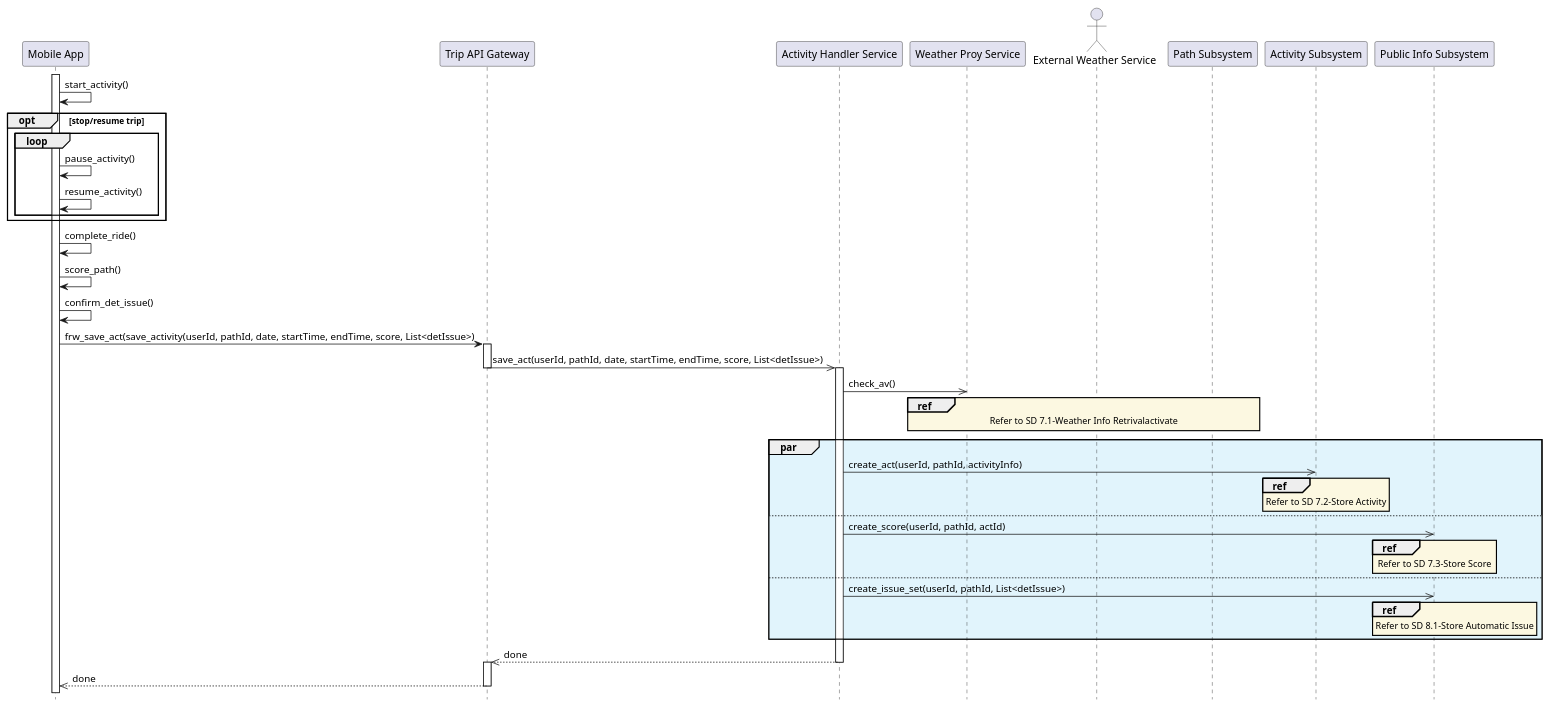
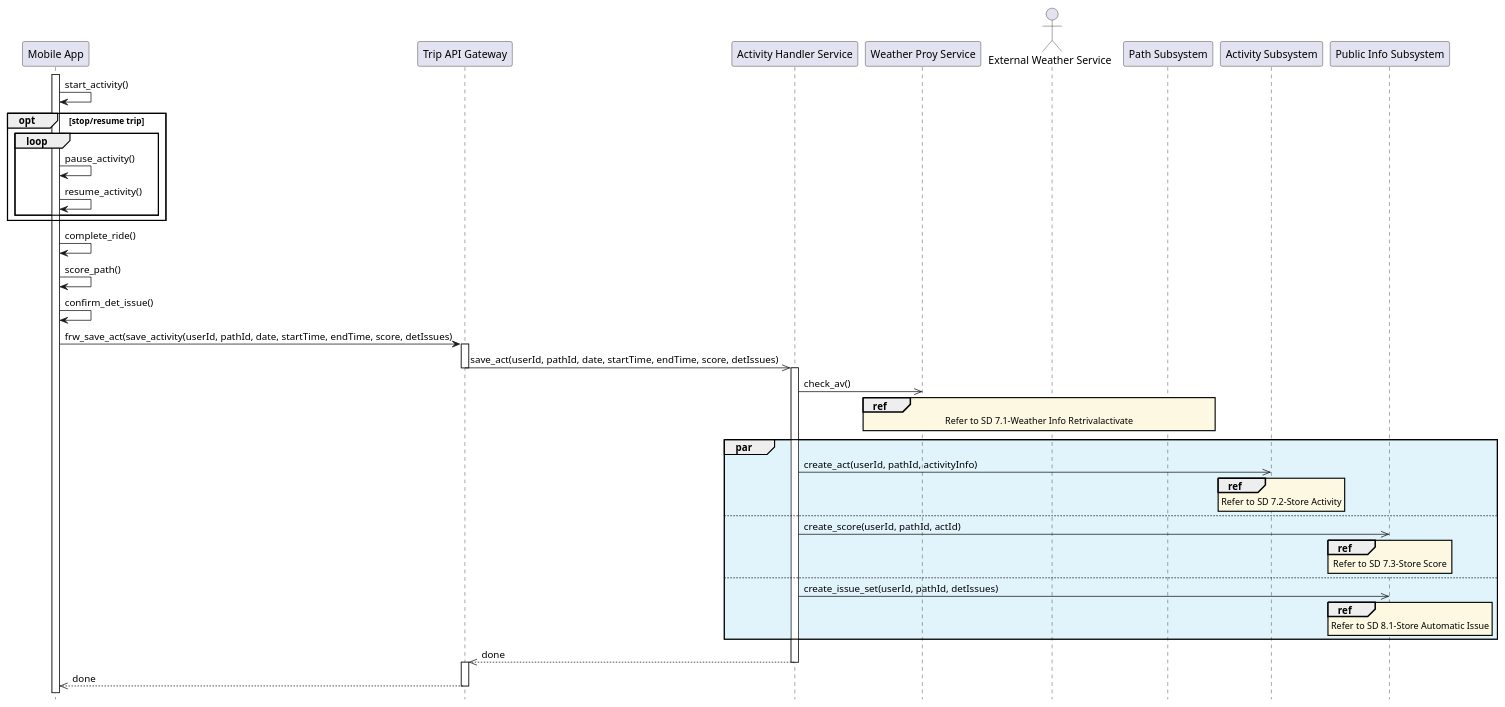
The diagram in diagrams/DD/sequenceDiagram/sd8_moniored_activity.puml (Guflie/PoliMi-SWE2-RDD-project), drawn with PlantUML before and after one commit. The commit also changed 21 other files, not shown here.

```diff
--- a/diagrams/DD/sequenceDiagram/sd8_moniored_activity.puml
+++ b/diagrams/DD/sequenceDiagram/sd8_moniored_activity.puml
@@ -1,54 +1,54 @@
 @startuml sd8_registered_user_activity
 ' Refers to UC10, 13
 hide footbox
 
 skinparam sequence {
     ReferenceBackgroundColor #fcf8e1
 }
 
 participant "Mobile App" as app
 participant "Trip API Gateway" as tapi
 participant "Activity Handler Service" as ahs
 participant "Weather Proy Service" as wps
 actor "External Weather Service" as ews
 participant "Path Subsystem" as pss
 participant "Activity Subsystem" as ass 
 participant "Public Info Subsystem" as piss
 
 activate app
 app -> app :start_activity()
 opt stop/resume trip
     loop
         app -> app : pause_activity()
         app -> app : resume_activity()
     end
 end
 app -> app : complete_ride()
 app -> app : score_path()
 app -> app : confirm_det_issue()
-app -> tapi: frw_save_act(save_activity(userId, pathId, date, startTime, endTime, score, List<detIssue>)
+app -> tapi: frw_save_act(save_activity(userId, pathId, date, startTime, endTime, score, detIssues)
 activate tapi
-tapi ->> ahs : save_act(userId, pathId, date, startTime, endTime, score, List<detIssue>)
+tapi ->> ahs : save_act(userId, pathId, date, startTime, endTime, score, detIssues)
 deactivate tapi
 
 activate ahs
 ahs ->> wps : check_av()
 ref over wps, ews, pss : Refer to SD 7.1-Weather Info Retrivalactivate 
 
 par #e1f4fc 
     ahs ->> ass : create_act(userId, pathId, activityInfo)
     ref over  ass : Refer to SD 7.2-Store Activity
 else
     ahs ->> piss : create_score(userId, pathId, actId)
     ref over piss : Refer to SD 7.3-Store Score
 else
-    ahs ->> piss : create_issue_set(userId, pathId, List<detIssue>)
+    ahs ->> piss : create_issue_set(userId, pathId, detIssues)
     ref over piss : Refer to SD 8.1-Store Automatic Issue
 end
 ahs -->> tapi : done
 deactivate ahs
 activate tapi
 tapi -->> app : done
 deactivate tapi
 
 @enduml
```
